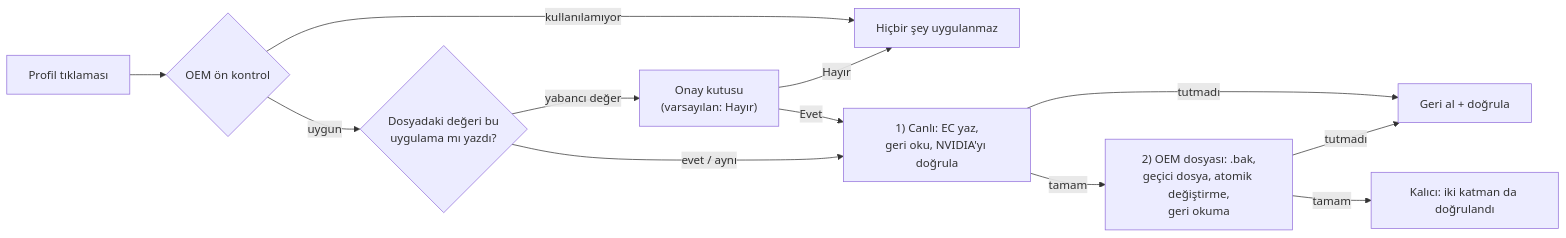
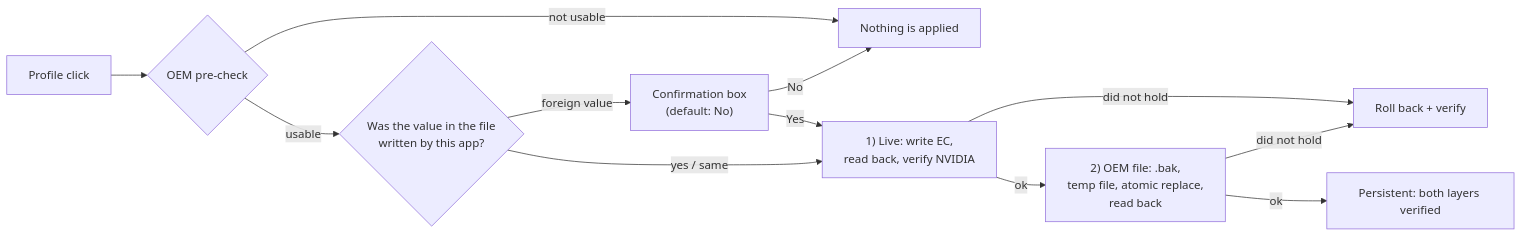
The diagram in README.md (MehmetNY/Monster-XMG-Gpu-Power-Control), drawn with Mermaid before and after one commit. The commit also changed other lines of this file and 44 other files, not shown here.

````diff
--- a/README.md
+++ b/README.md
@@ -58,14 +62,14 @@
 ```mermaid
 flowchart LR
-  A["Profil tıklaması"] --> B{"OEM ön kontrol"}
-  B -- "kullanılamıyor" --> X["Hiçbir şey uygulanmaz"]
-  B -- "uygun" --> C{"Dosyadaki değeri bu<br/>uygulama mı yazdı?"}
-  C -- "yabancı değer" --> D["Onay kutusu<br/>(varsayılan: Hayır)"]
-  D -- "Hayır" --> X
-  C -- "evet / aynı" --> E
-  D -- "Evet" --> E["1) Canlı: EC yaz,<br/>geri oku, NVIDIA'yı doğrula"]
-  E -- "tutmadı" --> R["Geri al + doğrula"]
-  E -- "tamam" --> F["2) OEM dosyası: .bak,<br/>geçici dosya, atomik değiştirme,<br/>geri okuma"]
-  F -- "tutmadı" --> R
-  F -- "tamam" --> G["Kalıcı: iki katman da doğrulandı"]
+  A["Profile click"] --> B{"OEM pre-check"}
+  B -- "not usable" --> X["Nothing is applied"]
+  B -- "usable" --> C{"Was the value in the file<br/>written by this app?"}
+  C -- "foreign value" --> D["Confirmation box<br/>(default: No)"]
+  D -- "No" --> X
+  C -- "yes / same" --> E
+  D -- "Yes" --> E["1) Live: write EC,<br/>read back, verify NVIDIA"]
+  E -- "did not hold" --> R["Roll back + verify"]
+  E -- "ok" --> F["2) OEM file: .bak,<br/>temp file, atomic replace,<br/>read back"]
+  F -- "did not hold" --> R
+  F -- "ok" --> G["Persistent: both layers verified"]
 ```
````
